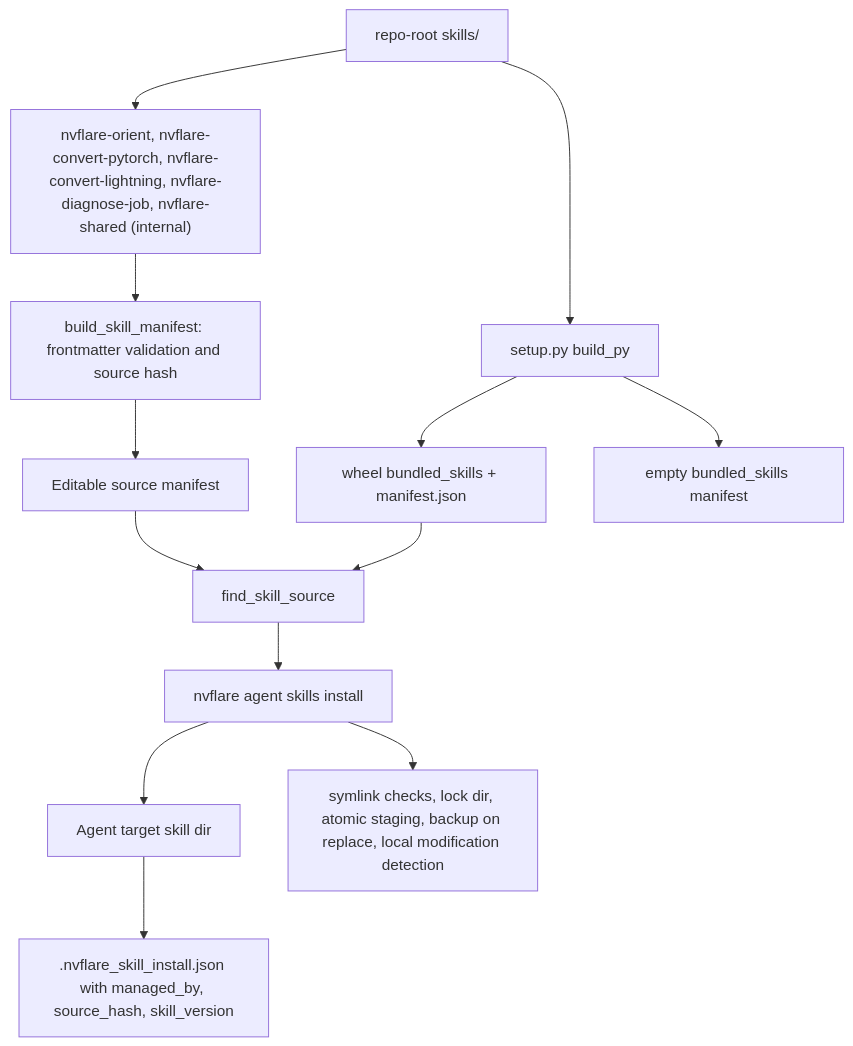
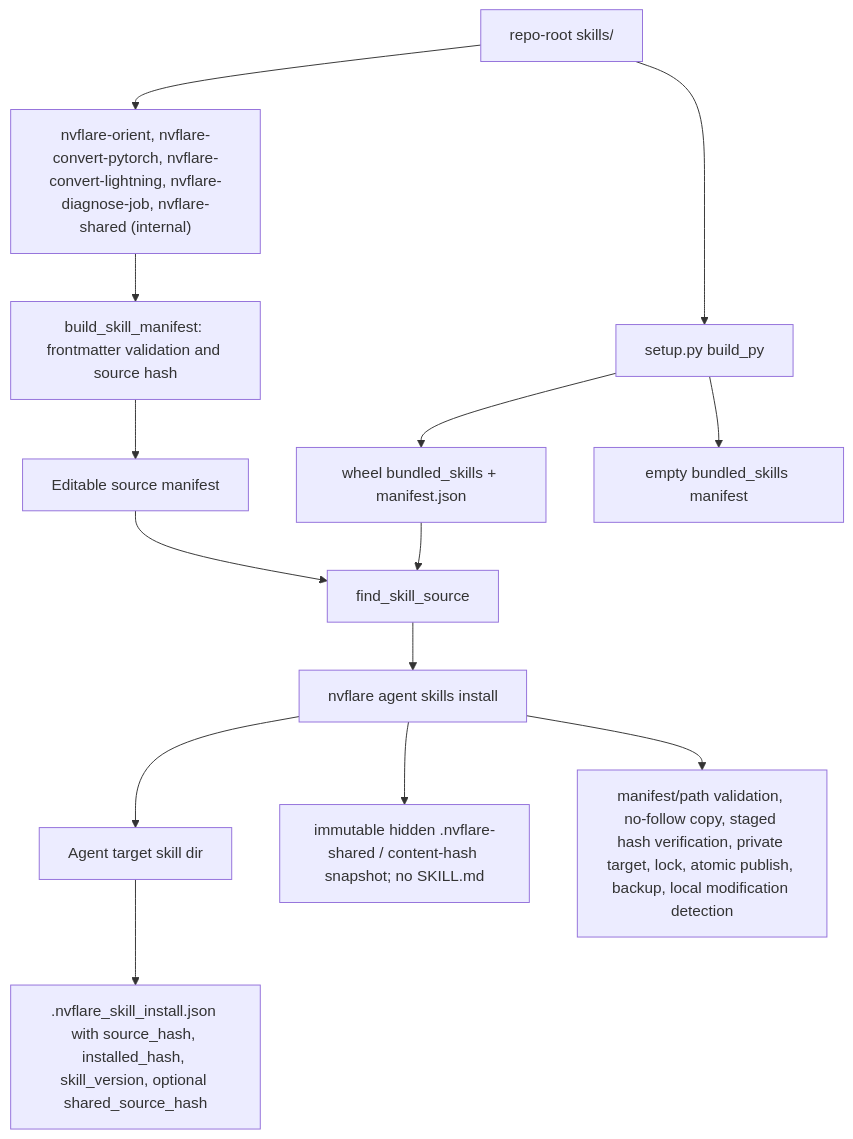
Before and after one commit to NVIDIA/NVFlare: the fourth of 5 diagrams in docs/design/skills_architecture.md, drawn with Mermaid. The commit also changed 125 other files, not shown here.

````diff
--- a/docs/design/skills_architecture.md
+++ b/docs/design/skills_architecture.md
@@ -214,20 +214,21 @@
 ```mermaid
 flowchart TD
     SkillsRoot["repo-root skills/"] --> SkillDirs["nvflare-orient, nvflare-convert-pytorch, nvflare-convert-lightning, nvflare-diagnose-job, nvflare-shared (internal)"]
 
     SkillDirs --> ManifestBuild["build_skill_manifest: frontmatter validation and source hash"]
     ManifestBuild --> Editable["Editable source manifest"]
 
     SkillsRoot --> SetupPy["setup.py build_py"]
     SetupPy --> Bundle["wheel bundled_skills + manifest.json"]
     SetupPy --> EmptyBundle["empty bundled_skills manifest"]
 
     Editable --> FindSource["find_skill_source"]
     Bundle --> FindSource
 
     FindSource --> Install["nvflare agent skills install"]
     Install --> Target["Agent target skill dir"]
-    Target --> InstallManifest[".nvflare_skill_install.json with managed_by, source_hash, skill_version"]
+    Target --> InstallManifest[".nvflare_skill_install.json with source_hash, installed_hash, skill_version, optional shared_source_hash"]
+    Install --> SharedSnapshot["immutable hidden .nvflare-shared / content-hash snapshot; no SKILL.md"]
 
-    Install --> Safety["symlink checks, lock dir, atomic staging, backup on replace, local modification detection"]
+    Install --> Safety["manifest/path validation, no-follow copy, staged hash verification, private target, lock, atomic publish, backup, local modification detection"]
 ```
````
